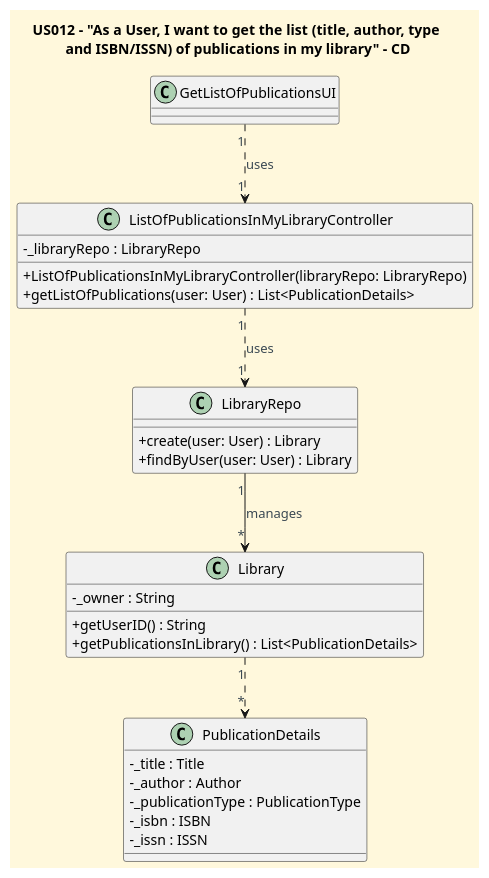
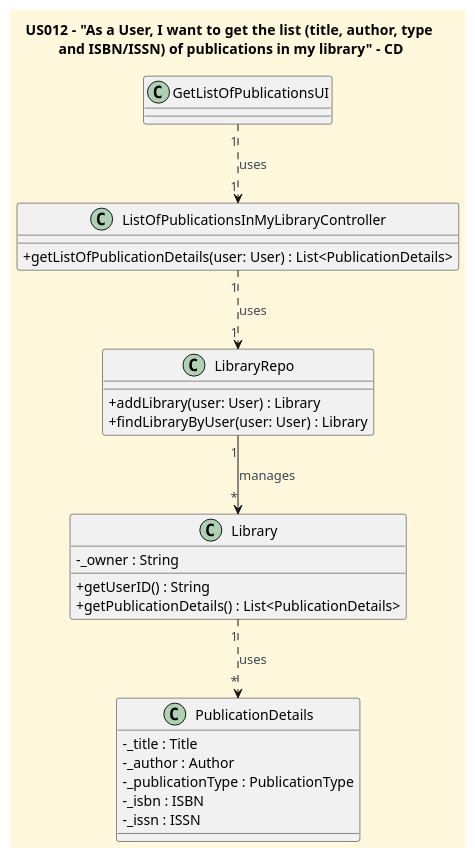
Before and after one commit to CarolinaLeite-collab/JavaMarketplacePlatform: the diagram in docs/userStories/US012/US012_get_list_of_publications_in_my_library_CD.puml, drawn with PlantUML. The commit also changed 1 other file, not shown here.

Commit message:
Refs #338: updates sequence and class diagrams concerning ListOfPublicationsInMyLibraryController

```diff
--- a/docs/userStories/US012/US012_get_list_of_publications_in_my_library_CD.puml
+++ b/docs/userStories/US012/US012_get_list_of_publications_in_my_library_CD.puml
@@ -1,52 +1,50 @@
 @startuml
 'https://plantuml.com/class-diagram
 title US012 – "As a User, I want to get the list (title, author, type \nand ISBN/ISSN) of publications in my library" - CD
 
 
 '==== basic style ====
 skinparam monochrome false
 skinparam shadowing false
 skinparam defaultFontName Futura
 skinparam objectFontSize 20
 skinparam backgroundColor CornSilk
 skinparam objectBackgroundColor WhiteSmoke
 skinparam noteBackgroundColor #FFFFE0
 skinparam ArrowFontColor #3B4953
 skinparam ActivationBackgroundColor black
 skinparam classAttributeIconSize 0
 
 class GetListOfPublicationsUI {
 }
 
 class ListOfPublicationsInMyLibraryController {
-    -_libraryRepo : LibraryRepo
-    +ListOfPublicationsInMyLibraryController(libraryRepo: LibraryRepo)
-    +getListOfPublications(user: User) : List<PublicationDetails>
+    +getListOfPublicationDetails(user: User) : List<PublicationDetails>
 }
 
 class LibraryRepo {
-      +create(user: User) : Library
-      +findByUser(user: User) : Library
+      +addLibrary(user: User) : Library
+      +findLibraryByUser(user: User) : Library
 }
 
 class Library {
   -_owner : String
-      +getUserID() : String
-      +getPublicationsInLibrary() : List<PublicationDetails>
+  +getUserID() : String
+  +getPublicationDetails() : List<PublicationDetails>
 }
 
 class PublicationDetails{
--_title : Title
-  -_author : Author
-  -_publicationType : PublicationType
-  -_isbn : ISBN
-  -_issn : ISSN
+    -_title : Title
+    -_author : Author
+    -_publicationType : PublicationType
+    -_isbn : ISBN
+    -_issn : ISSN
 }
 
 GetListOfPublicationsUI "1"..> "1"ListOfPublicationsInMyLibraryController :uses
 ListOfPublicationsInMyLibraryController "1"..> "1"LibraryRepo : uses
 LibraryRepo "1" --> "*" Library : manages
-Library "1" ..> "*" PublicationDetails
+Library "1" ..> "*" PublicationDetails : uses
 
 
 @enduml
```
